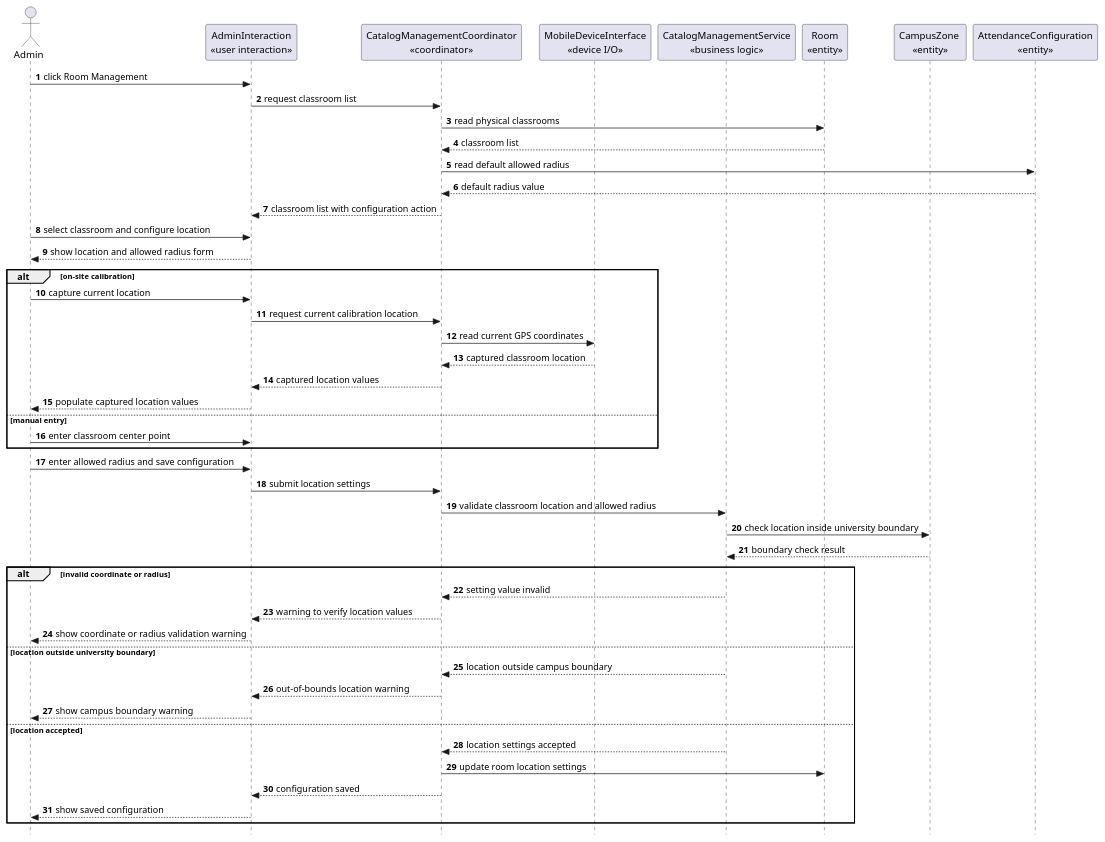
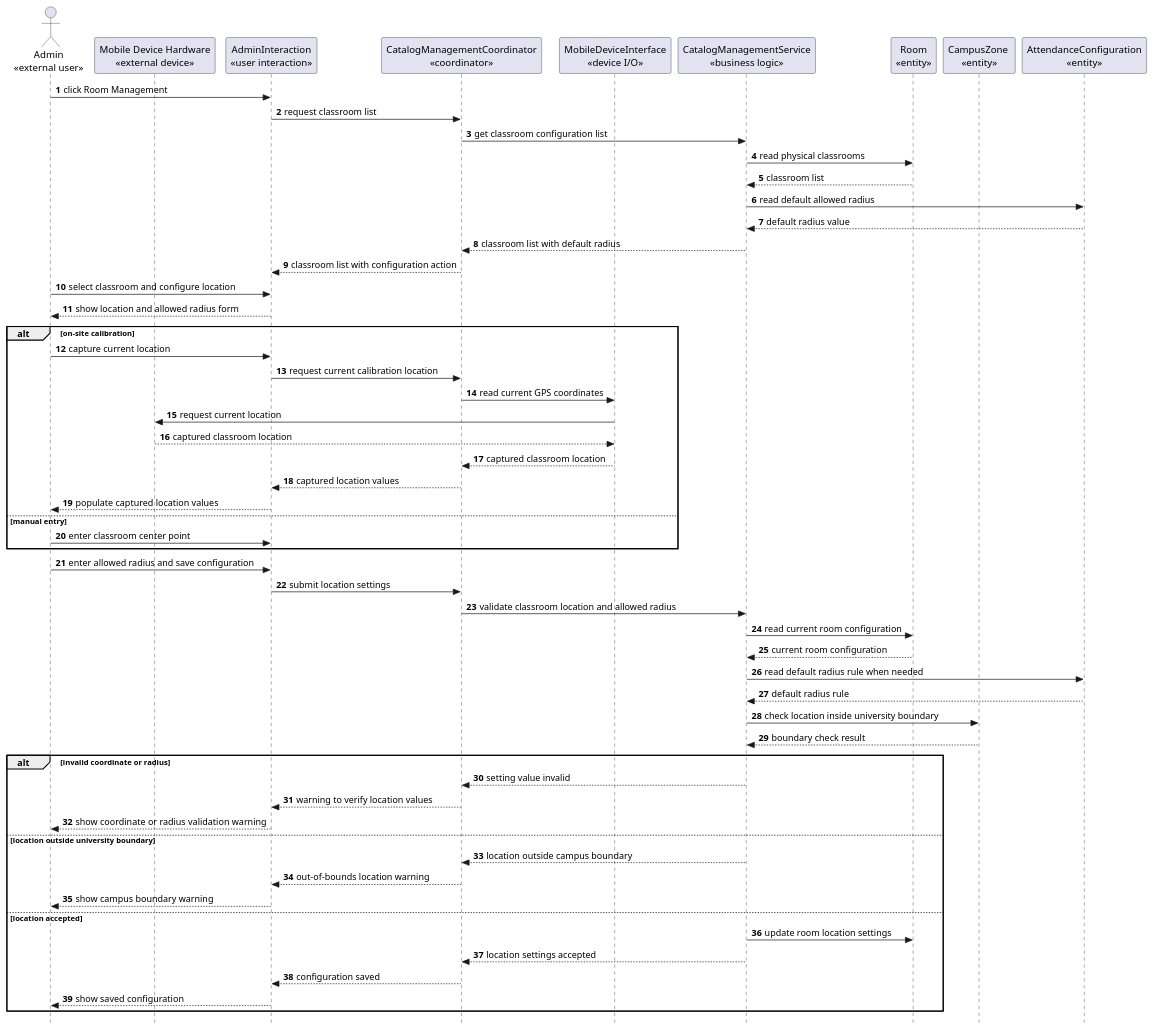
Diagram 25 of 29 in docs/sds/2_Analysis.md (nttung42/SWD392), drawn with PlantUML before and after one commit. The commit also changed other lines of this file and 1 other file, not shown here.

````diff
--- a/docs/sds/2_Analysis.md
+++ b/docs/sds/2_Analysis.md
@@ -1205,56 +1280,65 @@
 ```plantuml
 @startuml
 skinparam style strictuml
 autonumber
-actor "Admin" as Admin
+actor "Admin\n«external user»" as Admin
+participant "Mobile Device Hardware\n«external device»" as MobileHardware
 participant "AdminInteraction\n«user interaction»" as AdminUI
 participant "CatalogManagementCoordinator\n«coordinator»" as RoomControl
 participant "MobileDeviceInterface\n«device I/O»" as MobileSensor
 participant "CatalogManagementService\n«business logic»" as LocationSettingRules
 participant "Room\n«entity»" as Room
 participant "CampusZone \n«entity»" as CampusZone 
 participant "AttendanceConfiguration\n«entity»" as AttendanceConfig
 
 Admin -> AdminUI : click Room Management
 AdminUI -> RoomControl : request classroom list
-RoomControl -> Room : read physical classrooms
-Room --> RoomControl : classroom list
-RoomControl -> AttendanceConfig : read default allowed radius
-AttendanceConfig --> RoomControl : default radius value
+RoomControl -> LocationSettingRules : get classroom configuration list
+LocationSettingRules -> Room : read physical classrooms
+Room --> LocationSettingRules : classroom list
+LocationSettingRules -> AttendanceConfig : read default allowed radius
+AttendanceConfig --> LocationSettingRules : default radius value
+LocationSettingRules --> RoomControl : classroom list with default radius
 RoomControl --> AdminUI : classroom list with configuration action
 Admin -> AdminUI : select classroom and configure location
 AdminUI --> Admin : show location and allowed radius form
 
 alt on-site calibration
   Admin -> AdminUI : capture current location
   AdminUI -> RoomControl : request current calibration location
   RoomControl -> MobileSensor : read current GPS coordinates
+  MobileSensor -> MobileHardware : request current location
+  MobileHardware --> MobileSensor : captured classroom location
   MobileSensor --> RoomControl : captured classroom location
   RoomControl --> AdminUI : captured location values
   AdminUI --> Admin : populate captured location values
 else manual entry
   Admin -> AdminUI : enter classroom center point
 end
 
 Admin -> AdminUI : enter allowed radius and save configuration
 AdminUI -> RoomControl : submit location settings
 RoomControl -> LocationSettingRules : validate classroom location and allowed radius
+LocationSettingRules -> Room : read current room configuration
+Room --> LocationSettingRules : current room configuration
+LocationSettingRules -> AttendanceConfig : read default radius rule when needed
+AttendanceConfig --> LocationSettingRules : default radius rule
 LocationSettingRules -> CampusZone  : check location inside university boundary
 CampusZone  --> LocationSettingRules : boundary check result
 
 alt invalid coordinate or radius
   LocationSettingRules --> RoomControl : setting value invalid
   RoomControl --> AdminUI : warning to verify location values
   AdminUI --> Admin : show coordinate or radius validation warning
 else location outside university boundary
   LocationSettingRules --> RoomControl : location outside campus boundary
   RoomControl --> AdminUI : out-of-bounds location warning
   AdminUI --> Admin : show campus boundary warning
 else location accepted
+  LocationSettingRules -> Room : update room location settings
   LocationSettingRules --> RoomControl : location settings accepted
-  RoomControl -> Room : update room location settings
   RoomControl --> AdminUI : configuration saved
   AdminUI --> Admin : show saved configuration
 end
 @enduml
 ```
````
